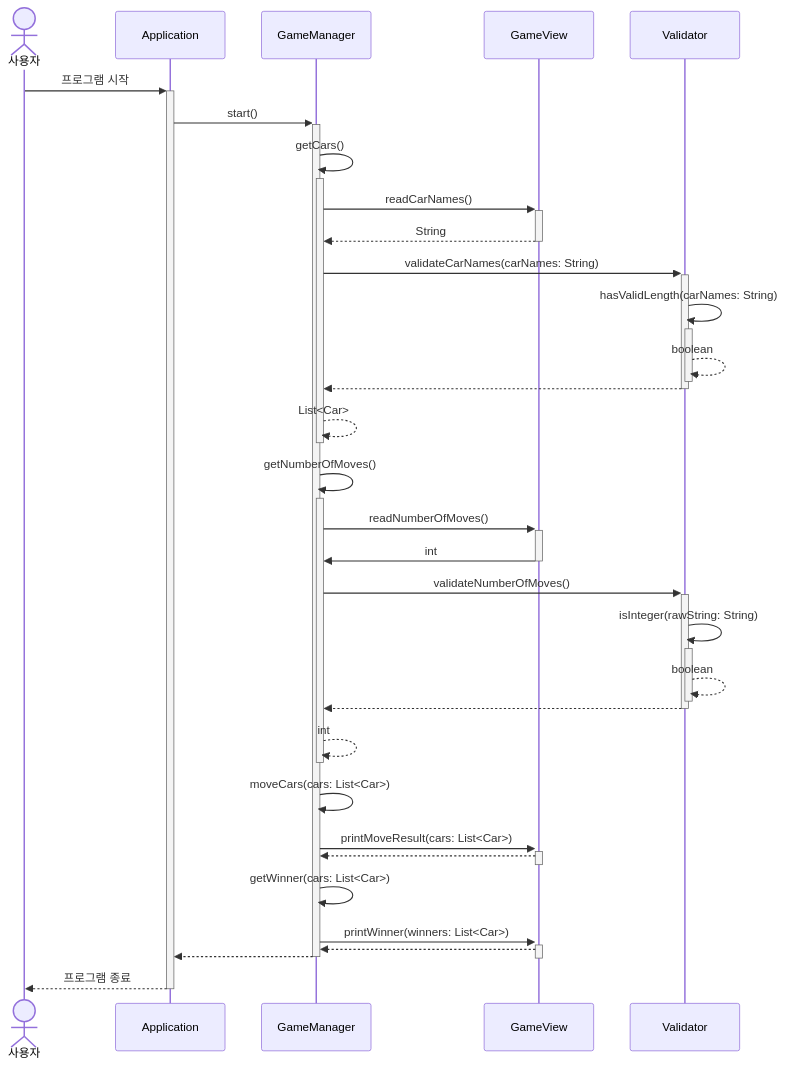
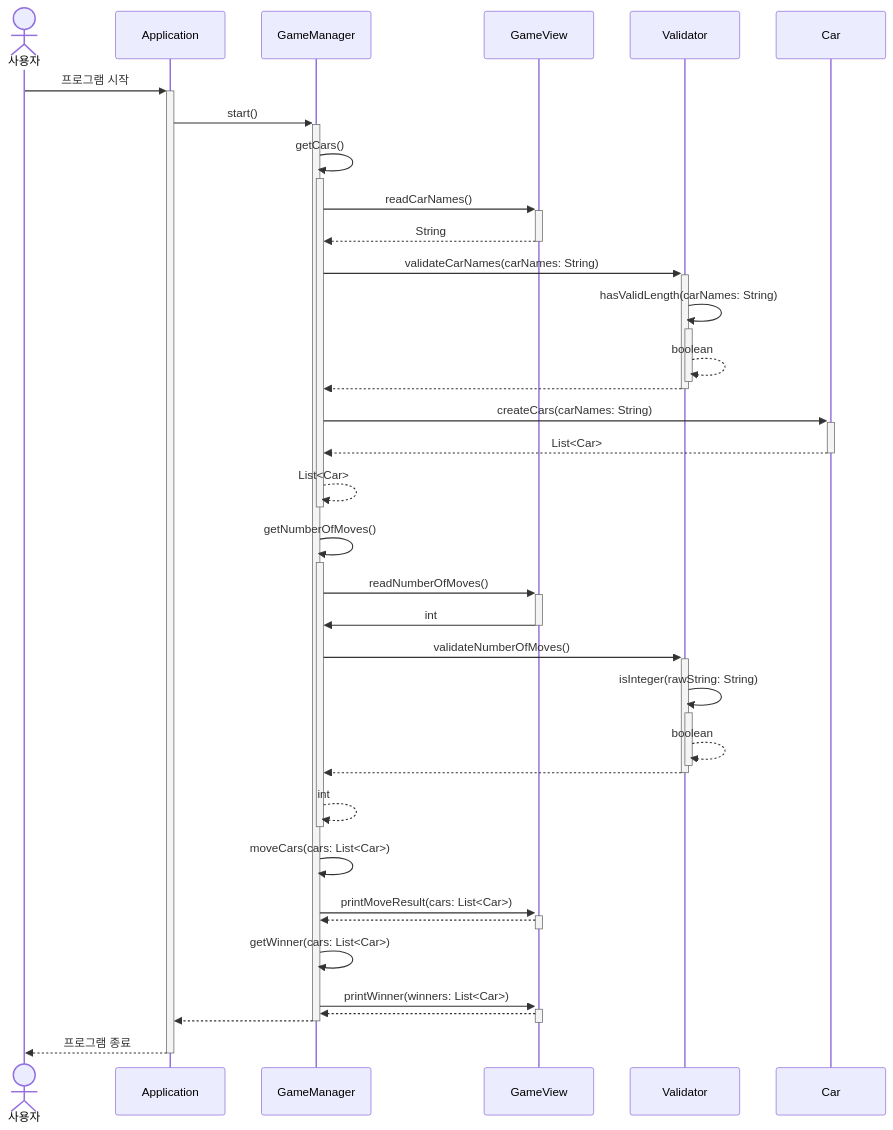
Before and after one commit to woowacourse-precourse/java-racingcar-6: the third of 3 diagrams in docs/README.md, drawn with Mermaid. The commit also changed other lines of this file, not shown here.

Commit message:
docs: modifying about Car Class and Sequence diagram

````diff
--- a/docs/README.md
+++ b/docs/README.md
@@ -104,33 +106,35 @@
 ```mermaid
 sequenceDiagram
 	actor 사용자
 	participant Application
 	participant GameManager
 	participant GameView
 	사용자->>+Application: 프로그램 시작
 	Application->>+GameManager: start()
 	GameManager->>+GameManager: getCars()
 	GameManager->>+GameView: readCarNames()
 	GameView-->>-GameManager: String
 	GameManager->>+Validator: validateCarNames(carNames: String)
 	Validator->>+Validator: hasValidLength(carNames: String)
 	Validator-->>-Validator: boolean
 	Validator-->>-GameManager: 
+	GameManager->>+Car: createCars(carNames: String)
+	Car-->>-GameManager: List<Car>
 	GameManager-->>-GameManager: List<Car>
 	GameManager->>+GameManager: getNumberOfMoves()
 	GameManager->>+GameView: readNumberOfMoves()
 	GameView->>-GameManager: int
 	GameManager->>+Validator: validateNumberOfMoves()
 	Validator->>+Validator: isInteger(rawString: String)
 	Validator-->>-Validator: boolean
 	Validator-->>-GameManager: 
 	GameManager-->>-GameManager: int
 	GameManager->>GameManager: moveCars(cars: List<Car>)
 	GameManager->>+GameView: printMoveResult(cars: List<Car>)
 	GameView-->>-GameManager: 
 	GameManager->>GameManager: getWinner(cars: List<Car>)
 	GameManager->>+GameView: printWinner(winners: List<Car>)
 	GameView-->>-GameManager: 
 	GameManager-->>-Application: 
 	Application-->>-사용자: 프로그램 종료
 ```
````
